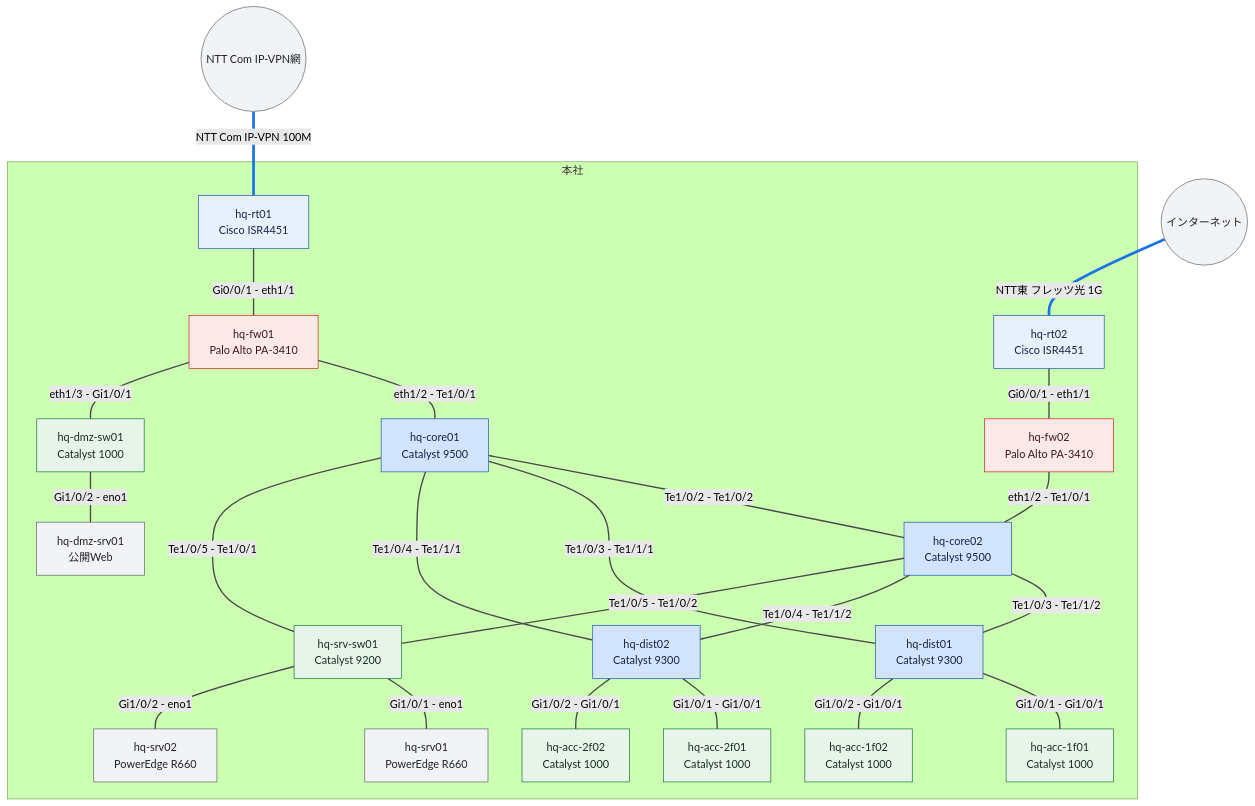
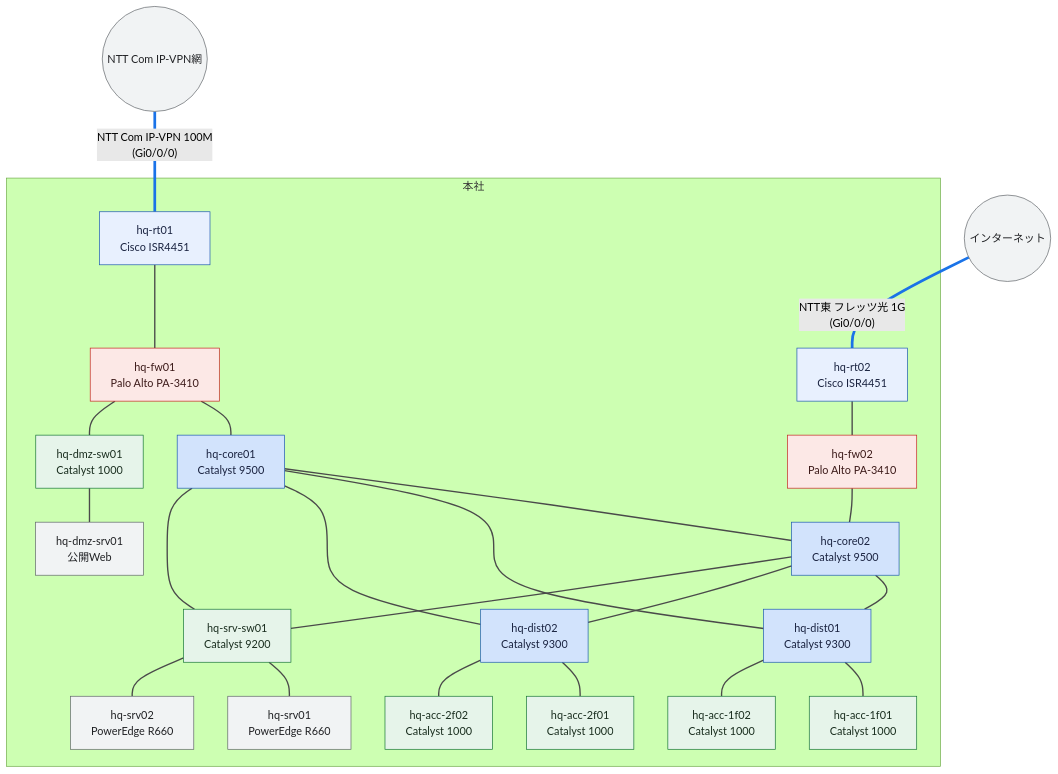
One commit to thinas1115/nwdsl changed the diagram in examples/complex-lan/generated/hq-physical.mmd. Above: the diagram before and after it, drawn with Mermaid (forest theme). The commit also changed 27 other files, not shown here.

First line of the commit message:
fix: 構成図のラベル衝突を根絶 (タイトル退避・IFラベル分散・ノード幅自動拡張)

```diff
--- a/examples/complex-lan/generated/hq-physical.mmd
+++ b/examples/complex-lan/generated/hq-physical.mmd
@@ -1,60 +1,62 @@
 flowchart TB
   subgraph sg_hq["本社"]
     hq_rt01["hq-rt01<br>Cisco ISR4451"]
     hq_rt02["hq-rt02<br>Cisco ISR4451"]
     hq_fw01["hq-fw01<br>Palo Alto PA-3410"]
     hq_fw02["hq-fw02<br>Palo Alto PA-3410"]
     hq_core01["hq-core01<br>Catalyst 9500"]
     hq_core02["hq-core02<br>Catalyst 9500"]
     hq_dist01["hq-dist01<br>Catalyst 9300"]
     hq_dist02["hq-dist02<br>Catalyst 9300"]
     hq_acc_1f01["hq-acc-1f01<br>Catalyst 1000"]
     hq_acc_1f02["hq-acc-1f02<br>Catalyst 1000"]
     hq_acc_2f01["hq-acc-2f01<br>Catalyst 1000"]
     hq_acc_2f02["hq-acc-2f02<br>Catalyst 1000"]
     hq_srv_sw01["hq-srv-sw01<br>Catalyst 9200"]
     hq_srv01["hq-srv01<br>PowerEdge R660"]
     hq_srv02["hq-srv02<br>PowerEdge R660"]
     hq_dmz_sw01["hq-dmz-sw01<br>Catalyst 1000"]
     hq_dmz_srv01["hq-dmz-srv01<br>公開Web"]
   end
   ipvpn(("NTT Com IP-VPN網"))
   internet(("インターネット"))
-  ipvpn ---|"NTT Com IP-VPN 100M"| hq_rt01
-  internet ---|"NTT東 フレッツ光 1G"| hq_rt02
-  hq_rt01 ---|"Gi0/0/1 - eth1/1"| hq_fw01
-  hq_rt02 ---|"Gi0/0/1 - eth1/1"| hq_fw02
-  hq_fw01 ---|"eth1/2 - Te1/0/1"| hq_core01
-  hq_fw02 ---|"eth1/2 - Te1/0/1"| hq_core02
-  hq_core01 ---|"Te1/0/2 - Te1/0/2"| hq_core02
-  hq_core01 ---|"Te1/0/3 - Te1/1/1"| hq_dist01
-  hq_core02 ---|"Te1/0/3 - Te1/1/2"| hq_dist01
-  hq_core01 ---|"Te1/0/4 - Te1/1/1"| hq_dist02
-  hq_core02 ---|"Te1/0/4 - Te1/1/2"| hq_dist02
-  hq_dist01 ---|"Gi1/0/1 - Gi1/0/1"| hq_acc_1f01
-  hq_dist01 ---|"Gi1/0/2 - Gi1/0/1"| hq_acc_1f02
-  hq_dist02 ---|"Gi1/0/1 - Gi1/0/1"| hq_acc_2f01
-  hq_dist02 ---|"Gi1/0/2 - Gi1/0/1"| hq_acc_2f02
-  hq_core01 ---|"Te1/0/5 - Te1/0/1"| hq_srv_sw01
-  hq_core02 ---|"Te1/0/5 - Te1/0/2"| hq_srv_sw01
-  hq_srv_sw01 ---|"Gi1/0/1 - eno1"| hq_srv01
-  hq_srv_sw01 ---|"Gi1/0/2 - eno1"| hq_srv02
-  hq_fw01 ---|"eth1/3 - Gi1/0/1"| hq_dmz_sw01
-  hq_dmz_sw01 ---|"Gi1/0/2 - eno1"| hq_dmz_srv01
+  ipvpn ---|"NTT Com IP-VPN 100M<br>(Gi0/0/0)"| hq_rt01
+  internet ---|"NTT東 フレッツ光 1G<br>(Gi0/0/0)"| hq_rt02
+  hq_rt01 --- hq_fw01
+  hq_rt02 --- hq_fw02
+  hq_fw01 --- hq_core01
+  hq_fw02 --- hq_core02
+  hq_core01 --- hq_core02
+  hq_core01 --- hq_dist01
+  hq_core02 --- hq_dist01
+  hq_core01 --- hq_dist02
+  hq_core02 --- hq_dist02
+  hq_dist01 --- hq_acc_1f01
+  hq_dist01 --- hq_acc_1f02
+  hq_dist02 --- hq_acc_2f01
+  hq_dist02 --- hq_acc_2f02
+  hq_core01 --- hq_srv_sw01
+  hq_core02 --- hq_srv_sw01
+  hq_srv_sw01 --- hq_srv01
+  hq_srv_sw01 --- hq_srv02
+  hq_fw01 --- hq_dmz_sw01
+  hq_dmz_sw01 --- hq_dmz_srv01
 
+  classDef node_dim fill:#f8f9fa,stroke:#dadce0,color:#bdc1c6
+  classDef node_failed fill:#fce8e6,stroke:#c5221f,color:#3c1a19
   classDef role_router fill:#e8f0fe,stroke:#1a56b0,color:#1a2340
   classDef role_l3switch fill:#d2e3fc,stroke:#1a56b0,color:#1a2340
   classDef role_l2switch fill:#e6f4ea,stroke:#137333,color:#1a2e1f
   classDef role_firewall fill:#fce8e6,stroke:#c5221f,color:#3c1a19
   classDef role_other fill:#f1f3f4,stroke:#5f6368,color:#202124
   classDef node_cloud fill:#f1f3f4,stroke:#5f6368,color:#202124
   classDef node_site fill:#fff8e1,stroke:#b58105,color:#4a3a08
   classDef node_external fill:#ffffff,stroke:#9aa0a6,stroke-dasharray:3 3,color:#5f6368
   class hq_rt01,hq_rt02 role_router
   class ipvpn,internet node_cloud
   class hq_fw01,hq_fw02 role_firewall
   class hq_core01,hq_core02,hq_dist01,hq_dist02 role_l3switch
   class hq_acc_1f01,hq_acc_1f02,hq_acc_2f01,hq_acc_2f02,hq_srv_sw01,hq_dmz_sw01 role_l2switch
   class hq_srv01,hq_srv02,hq_dmz_srv01 role_other
   linkStyle 0,1 stroke:#1a73e8,stroke-width:4px
   linkStyle 2,3,4,5,6,7,8,9,10,11,12,13,14,15,16,17,18,19,20 stroke:#4a4a4a,stroke-width:2px
```
